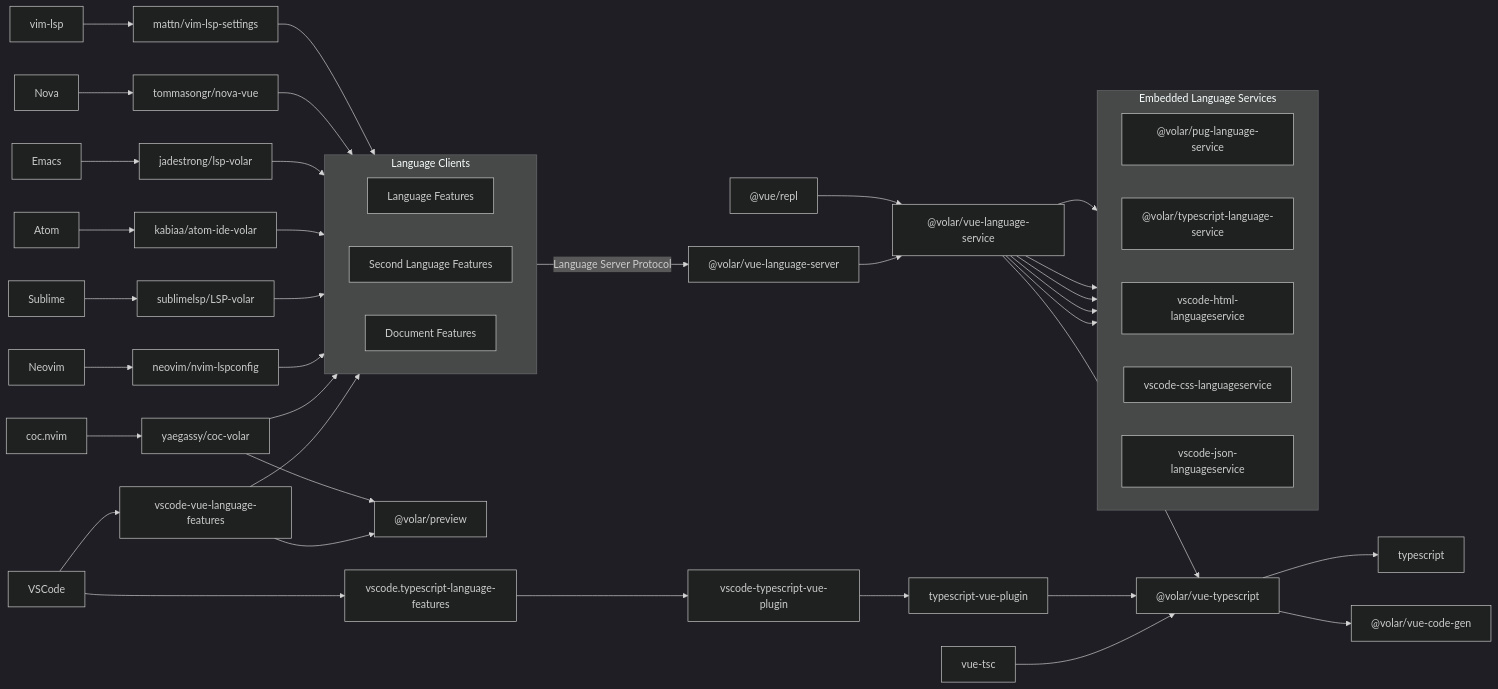
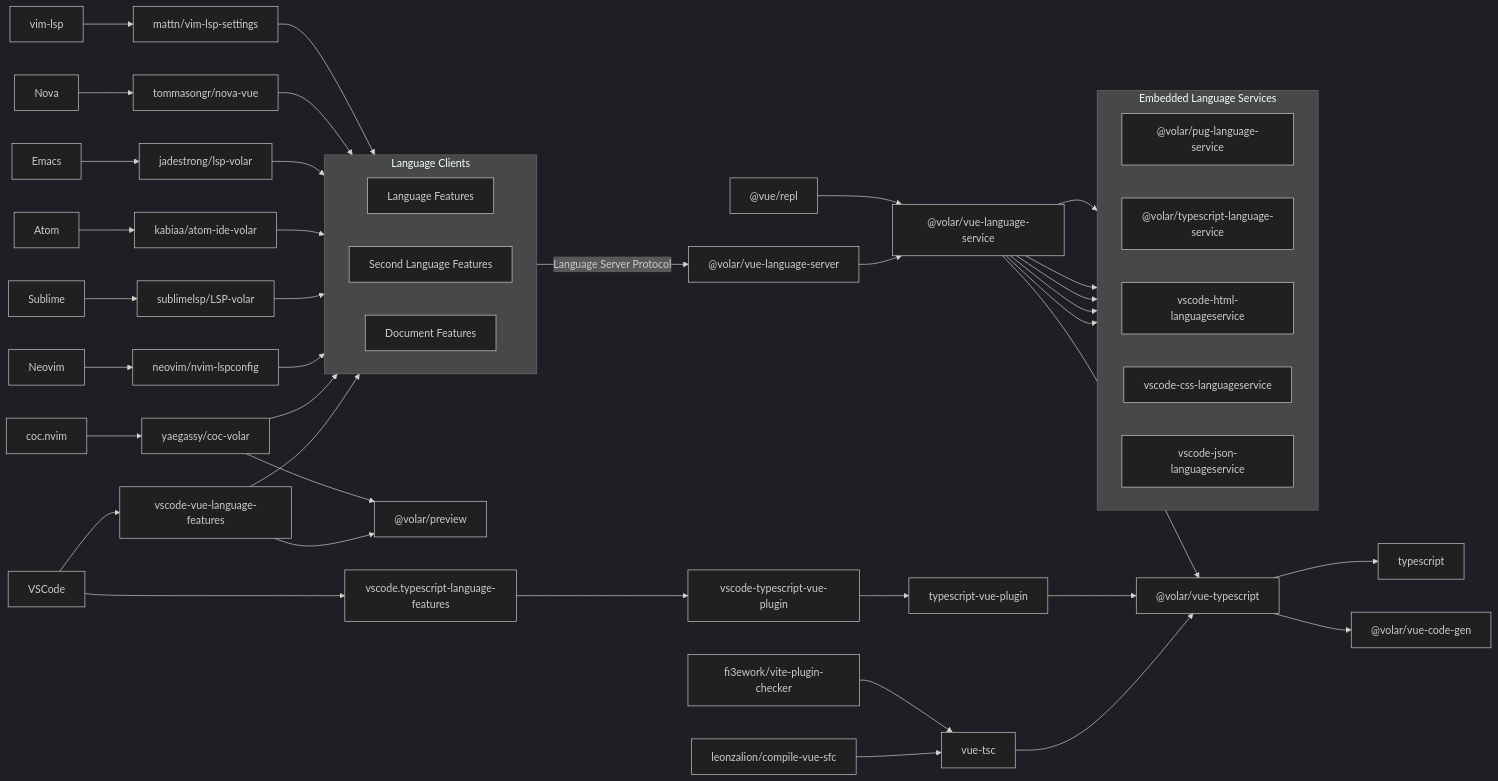
One commit to vuejs/language-tools changed the diagram in README.md. Above: the diagram before and after it, drawn with Mermaid (dark theme).

Commit message:
doc: add high level tools of vue-tsc

```diff
--- a/README.md
+++ b/README.md
@@ -107,6 +107,8 @@
     TS[typescript]
     VSC_TS[vscode.typescript-language-features]
 	VUE_REPL["@vue/repl"]
+	VITE_PLUGIN_CHECKER[fi3ework/vite-plugin-checker]
+	COMPILE_VUE_SFC[leonzalion/compile-vue-sfc]
 
     click HTML_SERVICE "https://github.com/microsoft/vscode-html-languageservice"
     click CSS_SERVICE "https://github.com/microsoft/vscode-css-languageservice"
@@ -114,6 +116,8 @@
     click TS "https://github.com/microsoft/TypeScript"
     click VSC_TS "https://github.com/microsoft/vscode/tree/main/extensions/typescript-language-features"
     click VUE_REPL "https://github.com/vuejs/repl"
+    click VITE_PLUGIN_CHECKER "https://github.com/fi3ework/vite-plugin-checker"
+    click COMPILE_VUE_SFC "https://github.com/leonzalion/compile-vue-sfc"
 
     subgraph VUE_CLIENTS[Language Clients]
       direction LR
@@ -164,6 +168,8 @@
     VOLAR_VUE_SERVER --> VOLAR_VUE_SERVICE
     VUE_REPL --> VOLAR_VUE_SERVICE
     VUE_TSC --> VOLAR_VUE_TS
+	COMPILE_VUE_SFC --> VUE_TSC
+	VITE_PLUGIN_CHECKER --> VUE_TSC
     TS_VUE_PLUGIN --> VOLAR_VUE_TS
 
     VOLAR_VUE_SERVICE --> VOLAR_VUE_TS
```
